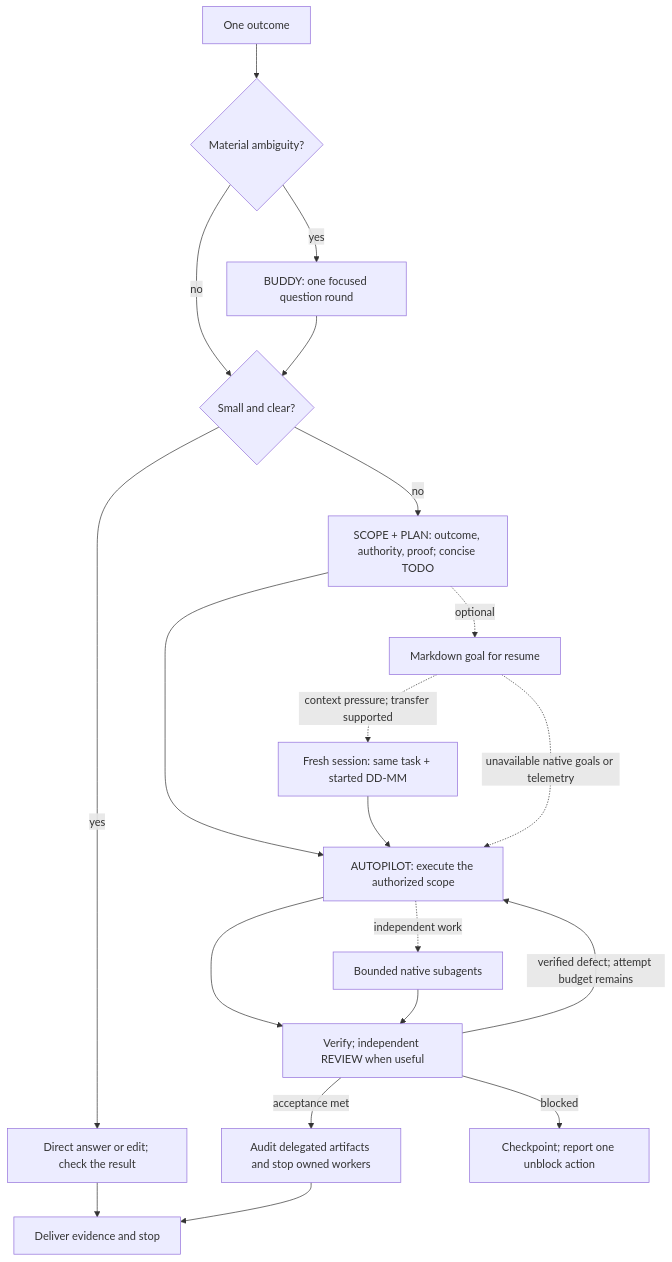
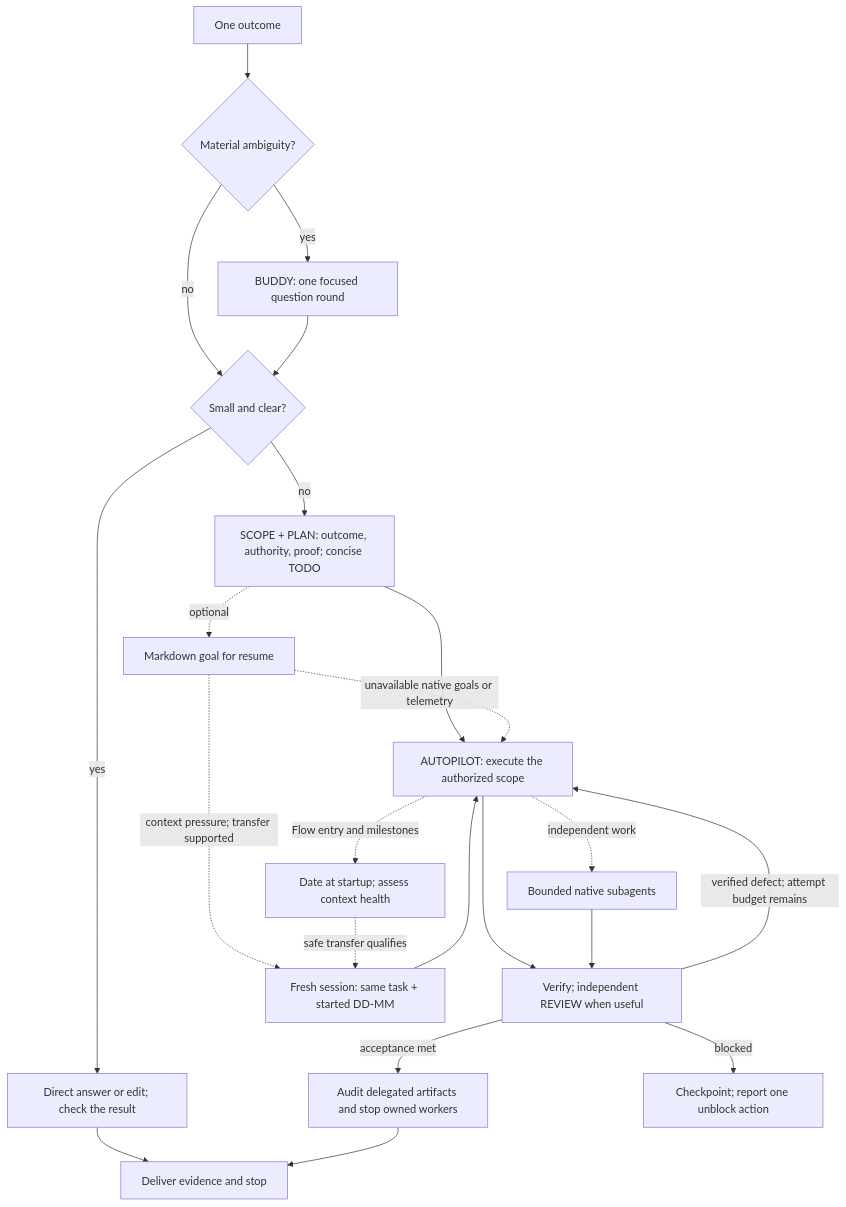
The diagram in README.md (nobrainer-tech/nobrainer-tech-flow), drawn with Mermaid before and after one commit. The commit also changed other lines of this file and 44 other files, not shown here.

Commit message:
Add session care and Flow policy boundaries

````diff
--- a/README.md
+++ b/README.md
@@ -91,22 +93,24 @@
 ```mermaid
 flowchart TD
     A[One outcome] --> B{Material ambiguity?}
     B -->|yes| C[BUDDY: one focused question round]
     B -->|no| D{Small and clear?}
     C --> D
     D -->|yes| E[Direct answer or edit; check the result]
     D -->|no| F[SCOPE + PLAN: outcome, authority, proof; concise TODO]
     F --> G[AUTOPILOT: execute the authorized scope]
     G --> H[Verify; independent REVIEW when useful]
     H -->|verified defect; attempt budget remains| G
     H -->|acceptance met| I[Audit delegated artifacts and stop owned workers]
     H -->|blocked| J[Checkpoint; report one unblock action]
     E --> K[Deliver evidence and stop]
     I --> K
     F -. optional .-> L[Markdown goal for resume]
     G -. independent work .-> M[Bounded native subagents]
     M --> H
     L -. context pressure; transfer supported .-> N[Fresh session: same task + started DD-MM]
     N --> G
+    G -. Flow entry and milestones .-> O[Date at startup; assess context health]
+    O -. safe transfer qualifies .-> N
     L -. unavailable native goals or telemetry .-> G
 ```
````
